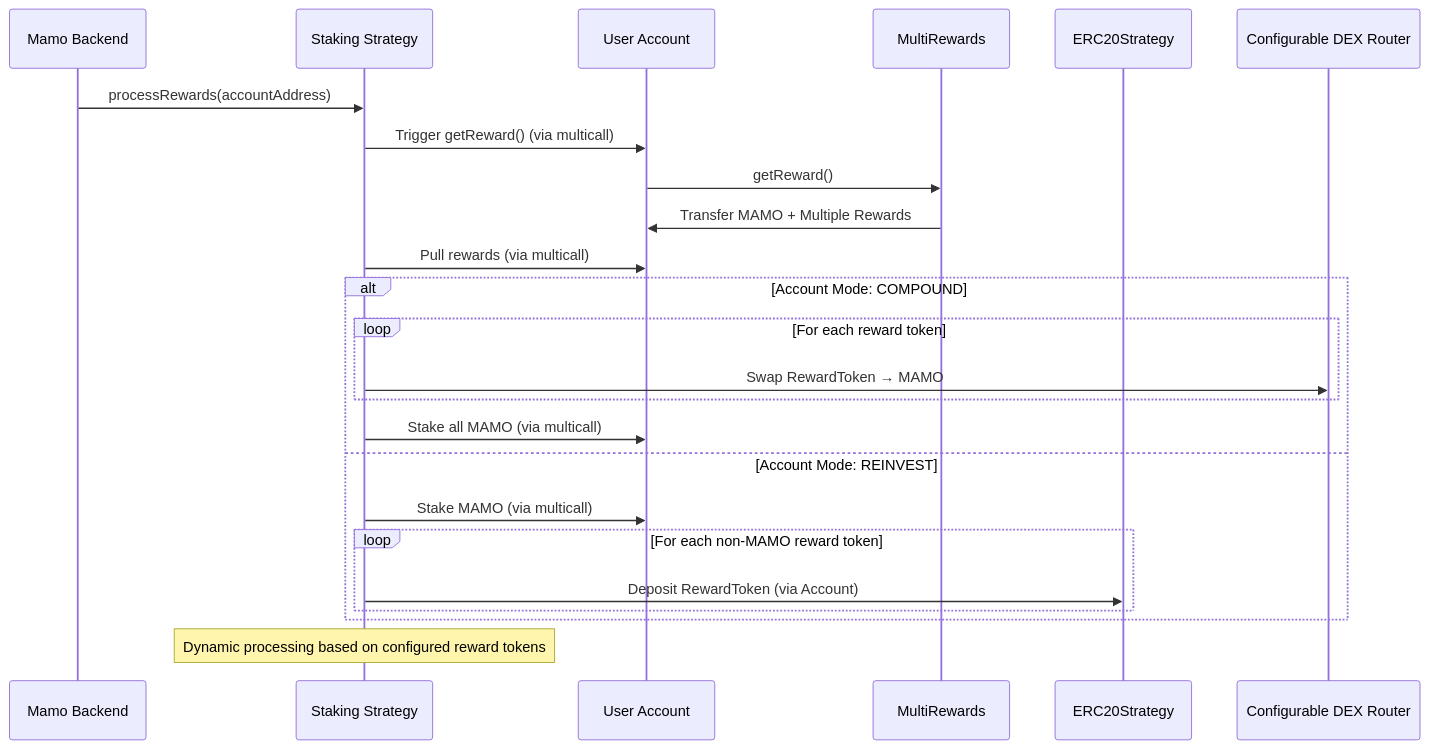
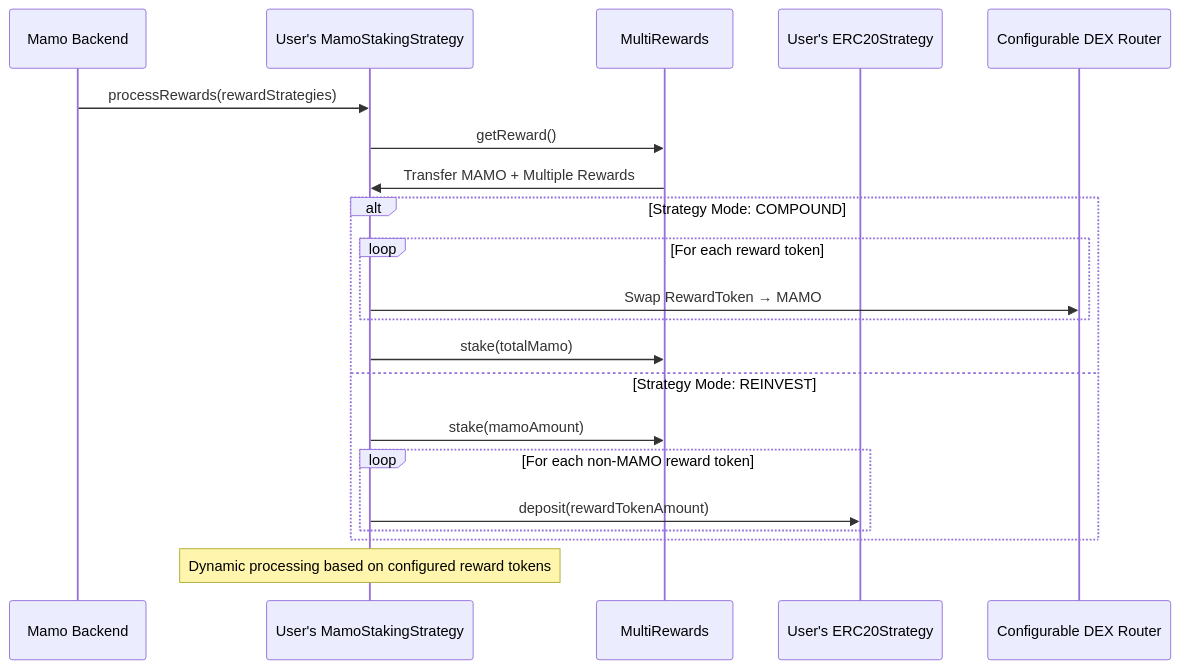
Before and after one commit to moonwell-fi/mamo-contracts: the third of 6 diagrams in docs/MAMO_STAKING_ARCHITECTURE.md, drawn with Mermaid. The commit also changed other lines of this file and 2 other files, not shown here.

First line of the commit message:
refactor: remove deprecated MamoAccount model, update staking architecture

````diff
--- a/docs/MAMO_STAKING_ARCHITECTURE.md
+++ b/docs/MAMO_STAKING_ARCHITECTURE.md
@@ -591,30 +256,26 @@
 ```mermaid
 sequenceDiagram
     participant Backend as Mamo Backend
-    participant Strategy as Staking Strategy
-    participant Account as User Account
+    participant Strategy as User's MamoStakingStrategy
     participant MultiRewards as MultiRewards
-    participant ERC20Strategy as ERC20Strategy
+    participant ERC20Strategy as User's ERC20Strategy
     participant DEX as Configurable DEX Router
 
-    Backend->>Strategy: processRewards(accountAddress)
-    Strategy->>Account: Trigger getReward() (via multicall)
-    Account->>MultiRewards: getReward()
-    MultiRewards->>Account: Transfer MAMO + Multiple Rewards
+    Backend->>Strategy: processRewards(rewardStrategies)
+    Strategy->>MultiRewards: getReward()
+    MultiRewards->>Strategy: Transfer MAMO + Multiple Rewards
     
-    Strategy->>Account: Pull rewards (via multicall)
-    
-    alt Account Mode: COMPOUND
+    alt Strategy Mode: COMPOUND
         loop For each reward token
             Strategy->>DEX: Swap RewardToken → MAMO
         end
-        Strategy->>Account: Stake all MAMO (via multicall)
-    else Account Mode: REINVEST
-        Strategy->>Account: Stake MAMO (via multicall)
+        Strategy->>MultiRewards: stake(totalMamo)
+    else Strategy Mode: REINVEST
+        Strategy->>MultiRewards: stake(mamoAmount)
         loop For each non-MAMO reward token
-            Strategy->>ERC20Strategy: Deposit RewardToken (via Account)
+            Strategy->>ERC20Strategy: deposit(rewardTokenAmount)
         end
     end
     
     Note over Strategy: Dynamic processing based on configured reward tokens
 ```
````
